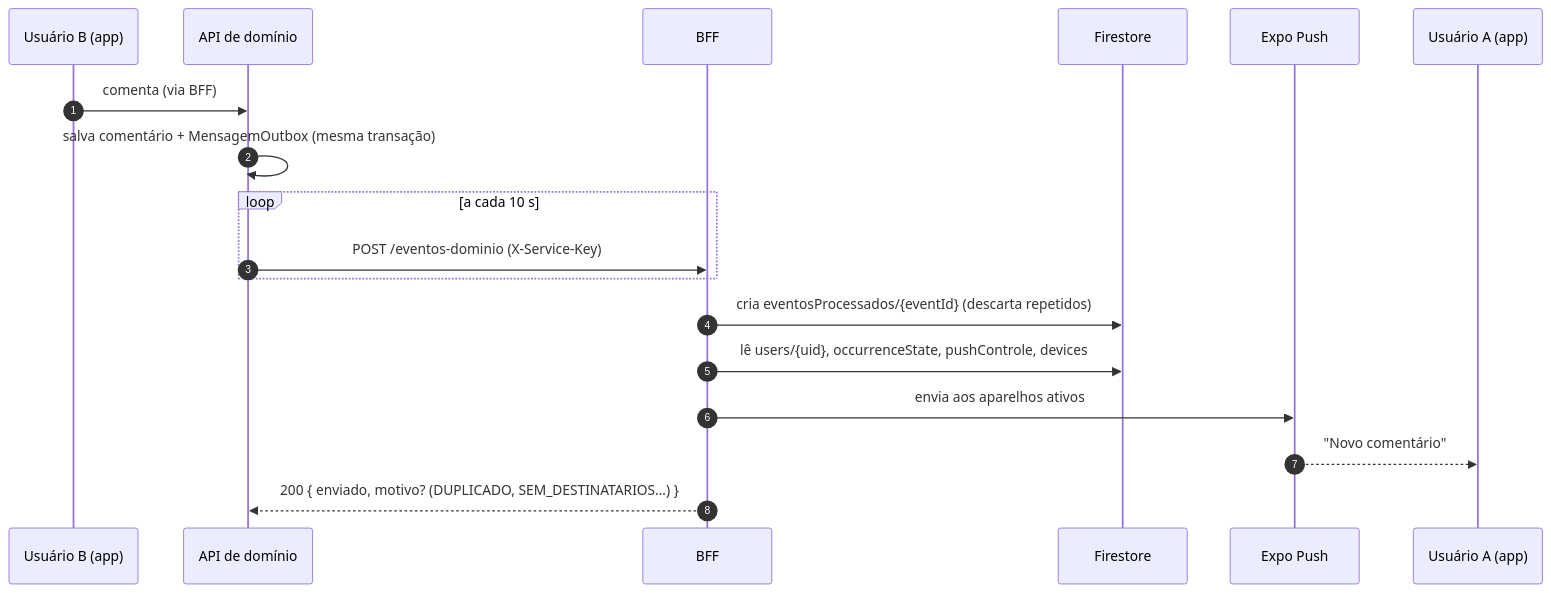
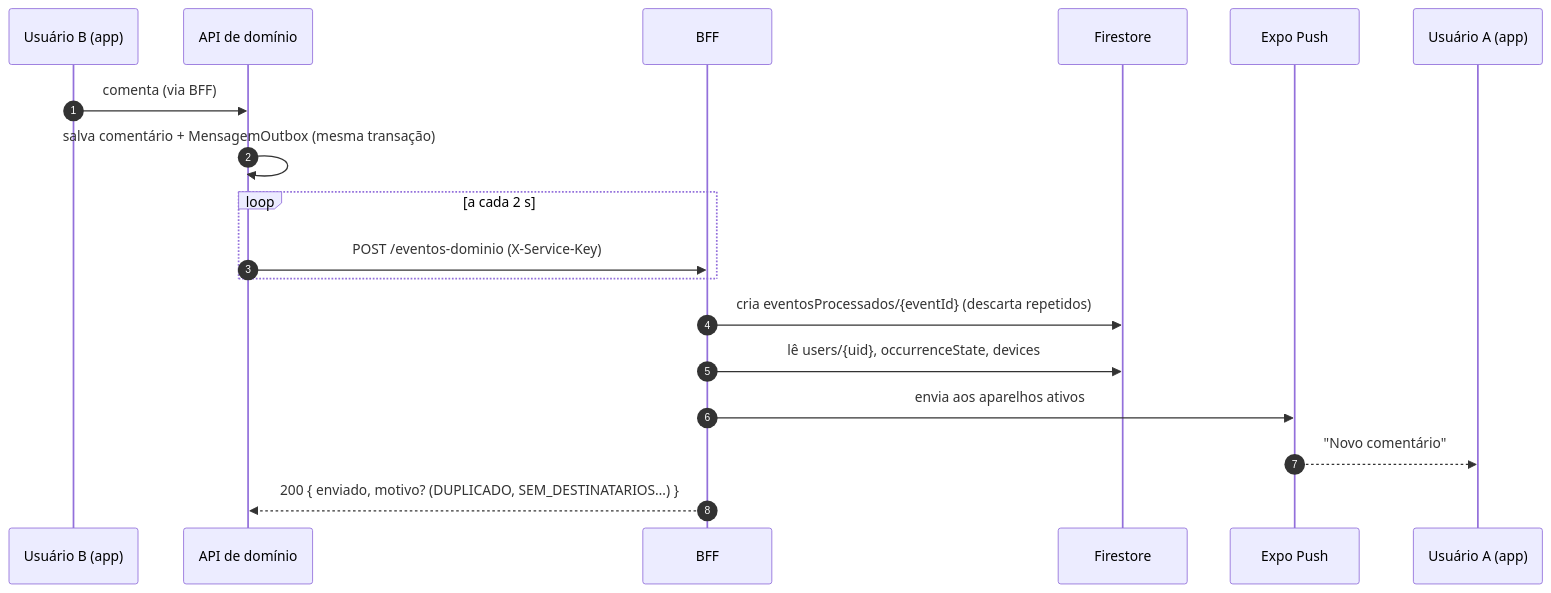
The third of 4 diagrams in docs/08-arquitetura.md (devsilasz/colecity), drawn with Mermaid before and after one commit. The commit also changed other lines of this file and 8 other files, not shown here.

````diff
--- a/docs/08-arquitetura.md
+++ b/docs/08-arquitetura.md
@@ -143,20 +143,20 @@
 ```mermaid
 sequenceDiagram
     autonumber
     participant B as Usuário B (app)
     participant API as API de domínio
     participant BFF
     participant FS as Firestore
     participant Expo as Expo Push
     participant A as Usuário A (app)
     B->>API: comenta (via BFF)
     API->>API: salva comentário + MensagemOutbox (mesma transação)
-    loop a cada 10 s
+    loop a cada 2 s
         API->>BFF: POST /eventos-dominio (X-Service-Key)
     end
     BFF->>FS: cria eventosProcessados/{eventId} (descarta repetidos)
-    BFF->>FS: lê users/{uid}, occurrenceState, pushControle, devices
+    BFF->>FS: lê users/{uid}, occurrenceState, devices
     BFF->>Expo: envia aos aparelhos ativos
     Expo-->>A: "Novo comentário"
     BFF-->>API: 200 { enviado, motivo? (DUPLICADO, SEM_DESTINATARIOS…) }
 ```
````
